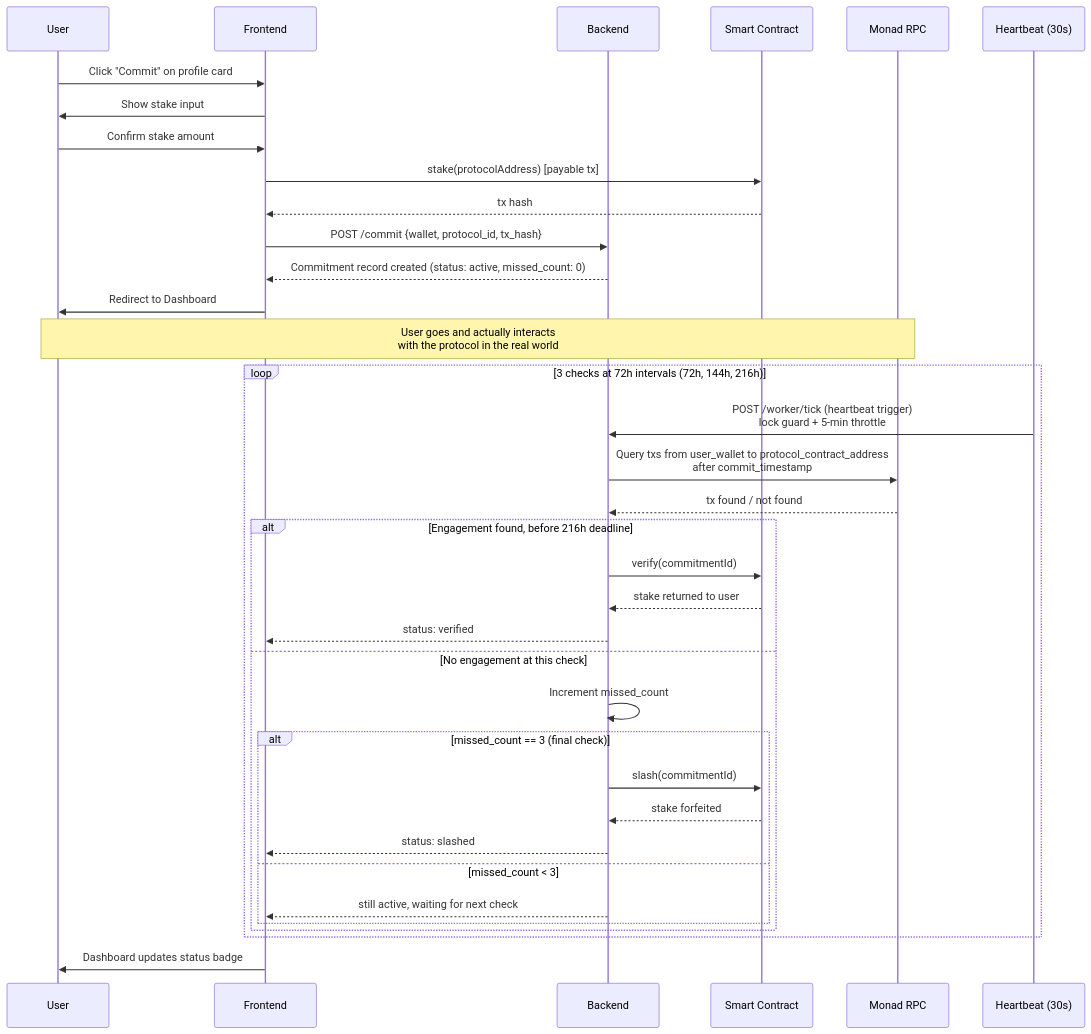
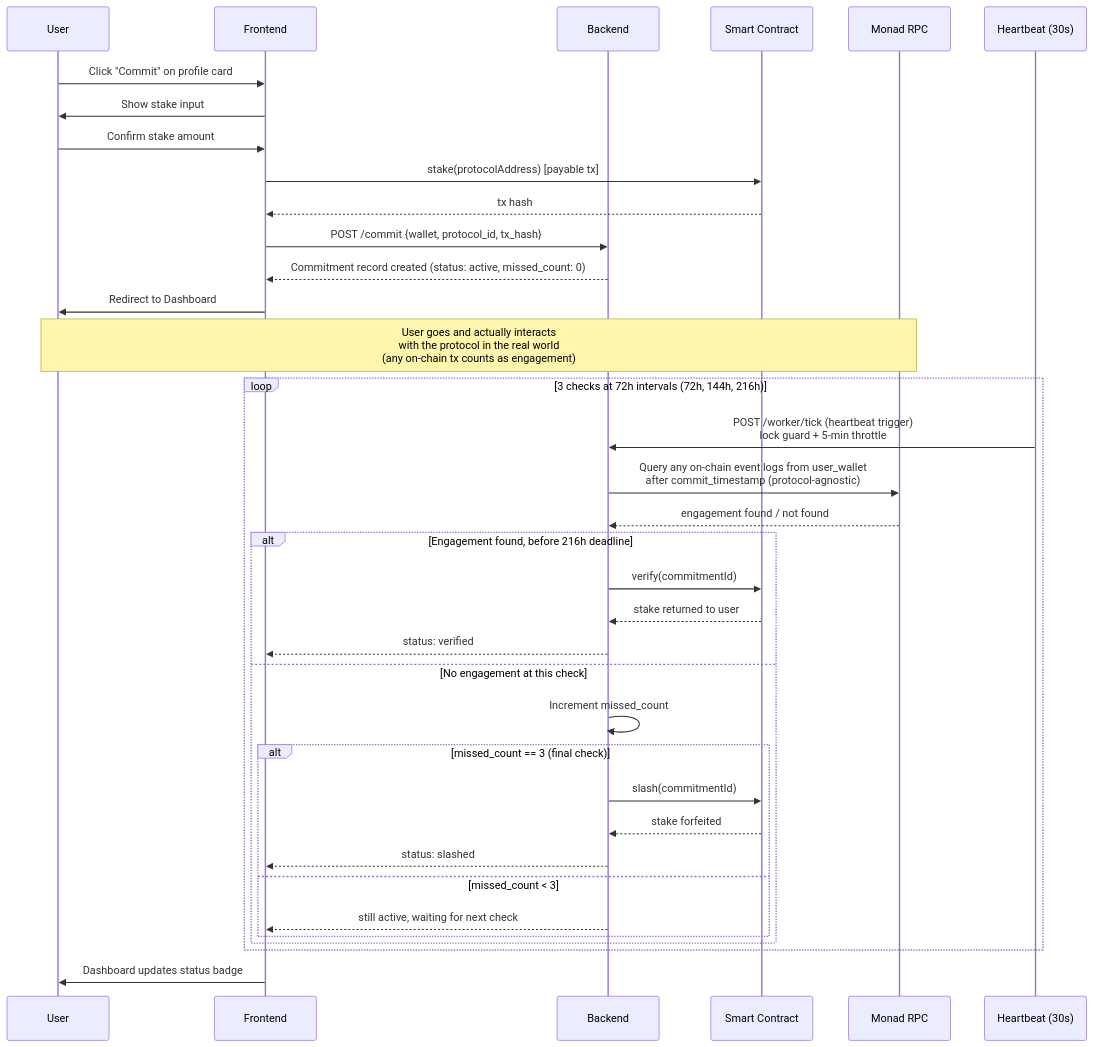
The second of 2 diagrams in Architecture.MD (tobiawolaju/KYP), drawn with Mermaid before and after one commit. The commit also changed other lines of this file and 4 other files, not shown here.

First line of the commit message:
fix: protocol-agnostic engagement check + correct contract targeting

````diff
--- a/Architecture.MD
+++ b/Architecture.MD
@@ -119,41 +119,41 @@
 ```mermaid
 sequenceDiagram
     participant U as User
     participant F as Frontend
     participant B as Backend
     participant C as Smart Contract
     participant RPC as Monad RPC
     participant HB as Heartbeat (30s)
 
     U->>F: Click "Commit" on profile card
     F->>U: Show stake input
     U->>F: Confirm stake amount
     F->>C: stake(protocolAddress) [payable tx]
     C-->>F: tx hash
     F->>B: POST /commit {wallet, protocol_id, tx_hash}
     B-->>F: Commitment record created (status: active, missed_count: 0)
     F->>U: Redirect to Dashboard
 
-    Note over U,RPC: User goes and actually interacts<br/>with the protocol in the real world
+    Note over U,RPC: User goes and actually interacts<br/>with the protocol in the real world<br/>(any on-chain tx counts as engagement)
 
     loop 3 checks at 72h intervals (72h, 144h, 216h)
         HB->>B: POST /worker/tick (heartbeat trigger)<br/>lock guard + 5-min throttle
-        B->>RPC: Query txs from user_wallet to protocol_contract_address<br/>after commit_timestamp
-        RPC-->>B: tx found / not found
+        B->>RPC: Query any on-chain event logs from user_wallet<br/>after commit_timestamp (protocol-agnostic)
+        RPC-->>B: engagement found / not found
         alt Engagement found, before 216h deadline
             B->>C: verify(commitmentId)
             C-->>B: stake returned to user
             B-->>F: status: verified
         else No engagement at this check
             B->>B: Increment missed_count
             alt missed_count == 3 (final check)
                 B->>C: slash(commitmentId)
                 C-->>B: stake forfeited
                 B-->>F: status: slashed
             else missed_count < 3
                 B-->>F: still active, waiting for next check
             end
         end
     end
     F->>U: Dashboard updates status badge
 ```
````
